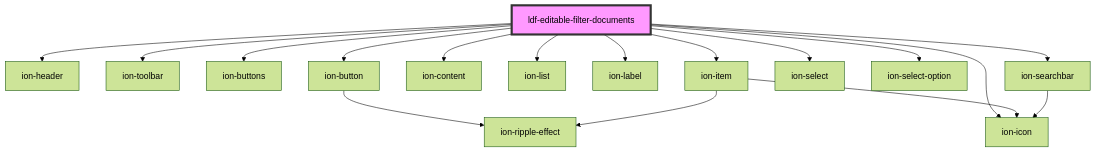
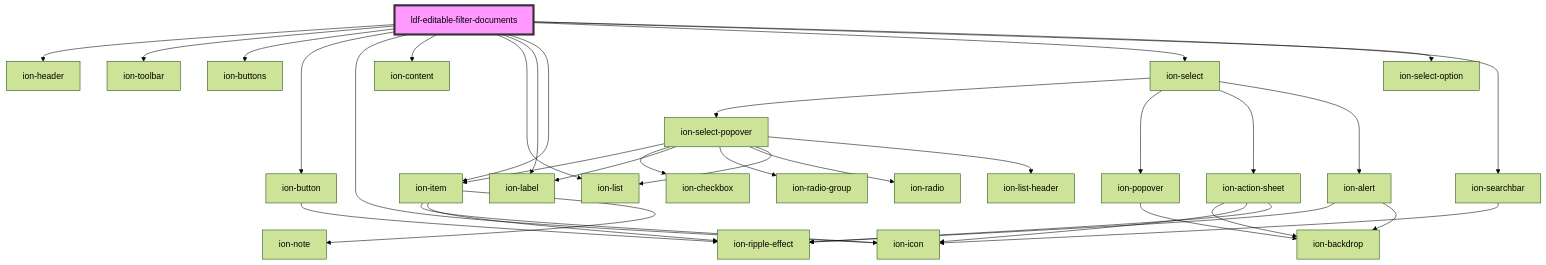
One commit to gbj/venite changed the diagram in components/src/components/editable-filter-documents/readme.md. Above: the diagram before and after it, drawn with Mermaid (forest theme). The commit also changed 29 other files, not shown here.

````diff
--- a/components/src/components/editable-filter-documents/readme.md
+++ b/components/src/components/editable-filter-documents/readme.md
@@ -67,20 +67,38 @@
 ```mermaid
 graph TD;
   ldf-editable-filter-documents --> ion-header
   ldf-editable-filter-documents --> ion-toolbar
   ldf-editable-filter-documents --> ion-buttons
   ldf-editable-filter-documents --> ion-button
   ldf-editable-filter-documents --> ion-icon
   ldf-editable-filter-documents --> ion-content
   ldf-editable-filter-documents --> ion-list
   ldf-editable-filter-documents --> ion-label
   ldf-editable-filter-documents --> ion-item
   ldf-editable-filter-documents --> ion-select
   ldf-editable-filter-documents --> ion-select-option
   ldf-editable-filter-documents --> ion-searchbar
   ion-button --> ion-ripple-effect
   ion-item --> ion-icon
   ion-item --> ion-ripple-effect
+  ion-item --> ion-note
+  ion-select --> ion-select-popover
+  ion-select --> ion-popover
+  ion-select --> ion-action-sheet
+  ion-select --> ion-alert
+  ion-select-popover --> ion-item
+  ion-select-popover --> ion-checkbox
+  ion-select-popover --> ion-label
+  ion-select-popover --> ion-radio-group
+  ion-select-popover --> ion-radio
+  ion-select-popover --> ion-list
+  ion-select-popover --> ion-list-header
+  ion-popover --> ion-backdrop
+  ion-action-sheet --> ion-backdrop
+  ion-action-sheet --> ion-icon
+  ion-action-sheet --> ion-ripple-effect
+  ion-alert --> ion-ripple-effect
+  ion-alert --> ion-backdrop
   ion-searchbar --> ion-icon
   style ldf-editable-filter-documents fill:#f9f,stroke:#333,stroke-width:4px
 ```
````
